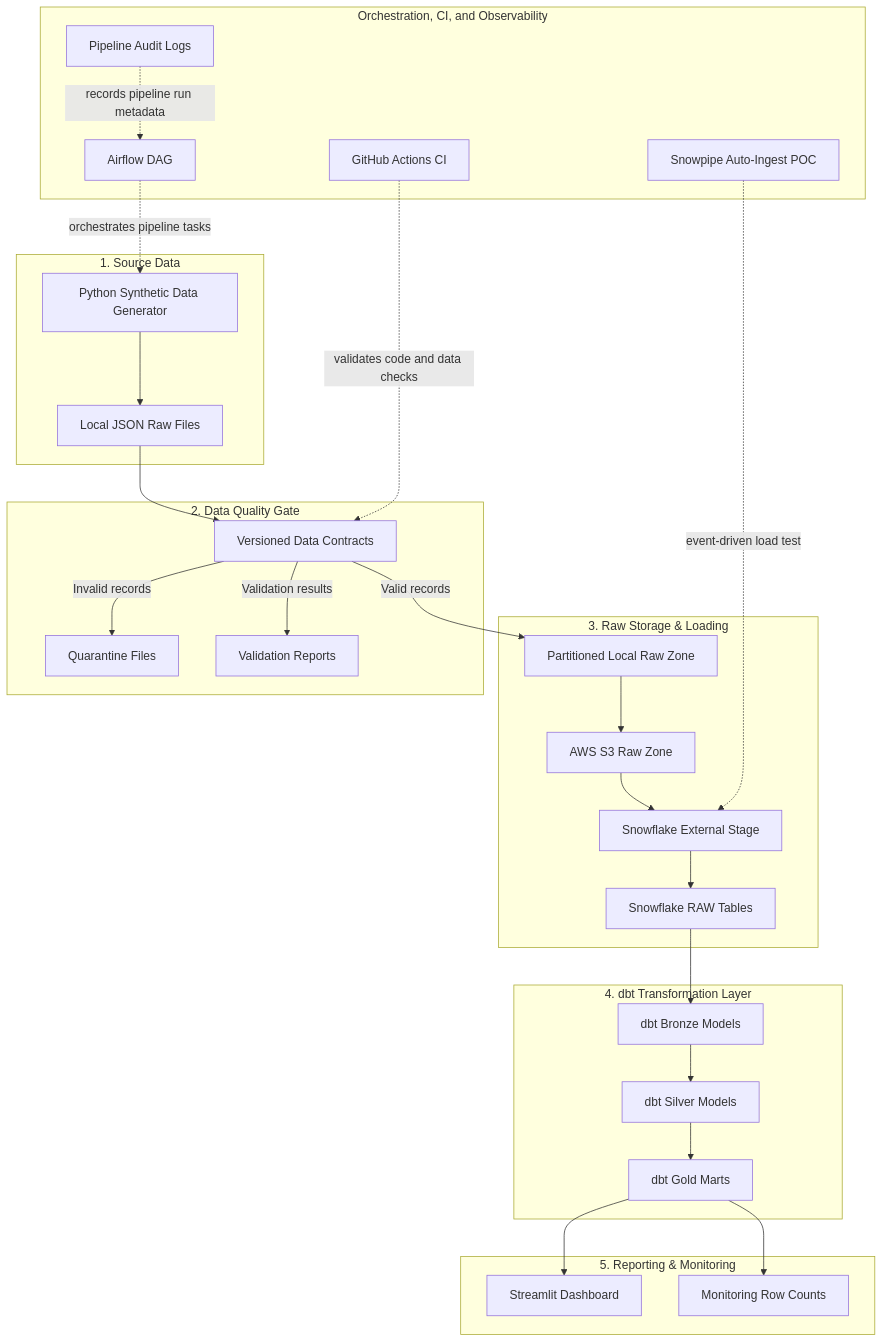
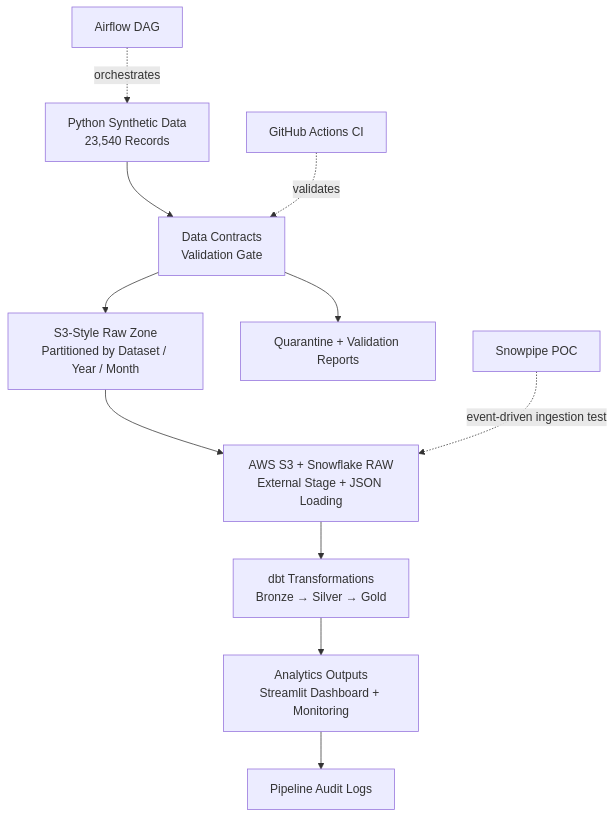
Before and after one commit to samahmedQA/fraud-dispute-analytics-pipeline: the diagram in README.md, drawn with Mermaid.

Commit message:
Simplify README architecture diagram

````diff
--- a/README.md
+++ b/README.md
@@ -67,58 +67,15 @@
 ```mermaid
-flowchart TB
+flowchart TD
+    A["Python Synthetic Data<br/>23,540 Records"] --> B["Data Contracts<br/>Validation Gate"]
+    B --> C["S3-Style Raw Zone<br/>Partitioned by Dataset / Year / Month"]
+    C --> D["AWS S3 + Snowflake RAW<br/>External Stage + JSON Loading"]
+    D --> E["dbt Transformations<br/>Bronze → Silver → Gold"]
+    E --> F["Analytics Outputs<br/>Streamlit Dashboard + Monitoring"]
 
-    subgraph source["1. Source Data"]
-        A[Python Synthetic Data Generator]
-        B[Local JSON Raw Files]
-        A --> B
-    end
+    B --> G["Quarantine + Validation Reports"]
+    F --> H["Pipeline Audit Logs"]
 
-    subgraph quality["2. Data Quality Gate"]
-        C[Versioned Data Contracts]
-        Q[Quarantine Files]
-        R[Validation Reports]
-        C -->|Invalid records| Q
-        C -->|Validation results| R
-    end
-
-    subgraph storage["3. Raw Storage & Loading"]
-        D[Partitioned Local Raw Zone]
-        E[AWS S3 Raw Zone]
-        F[Snowflake External Stage]
-        G[Snowflake RAW Tables]
-        D --> E
-        E --> F
-        F --> G
-    end
-
-    subgraph transform["4. dbt Transformation Layer"]
-        H[dbt Bronze Models]
-        I[dbt Silver Models]
-        J[dbt Gold Marts]
-        H --> I
-        I --> J
-    end
-
-    subgraph serving["5. Reporting & Monitoring"]
-        K[Streamlit Dashboard]
-        M[Monitoring Row Counts]
-        J --> K
-        J --> M
-    end
-
-    subgraph ops["Orchestration, CI, and Observability"]
-        P[Airflow DAG]
-        CI[GitHub Actions CI]
-        L[Pipeline Audit Logs]
-        S[Snowpipe Auto-Ingest POC]
-    end
-
-    B --> C
-    C -->|Valid records| D
-    G --> H
-
-    P -. orchestrates pipeline tasks .-> A
-    CI -. validates code and data checks .-> C
-    L -. records pipeline run metadata .-> P
-    S -. event-driven load test .-> F
+    I["Airflow DAG"] -. "orchestrates" .-> A
+    J["GitHub Actions CI"] -. "validates" .-> B
+    K["Snowpipe POC"] -. "event-driven ingestion test" .-> D
 ```
````
